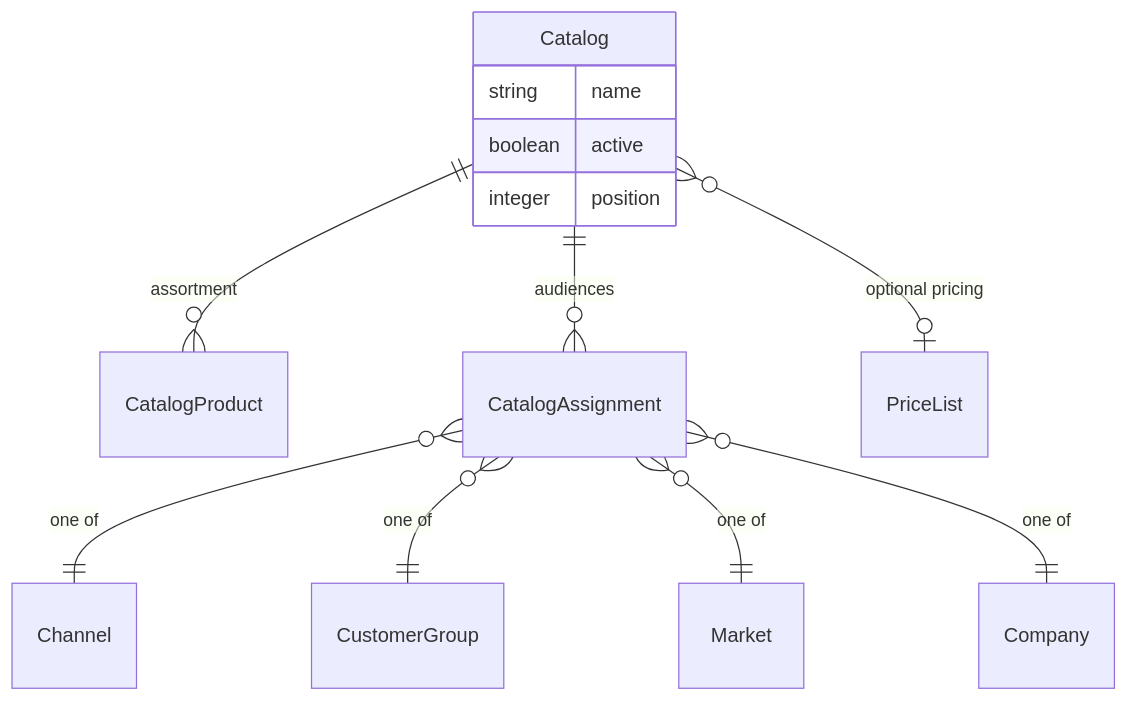
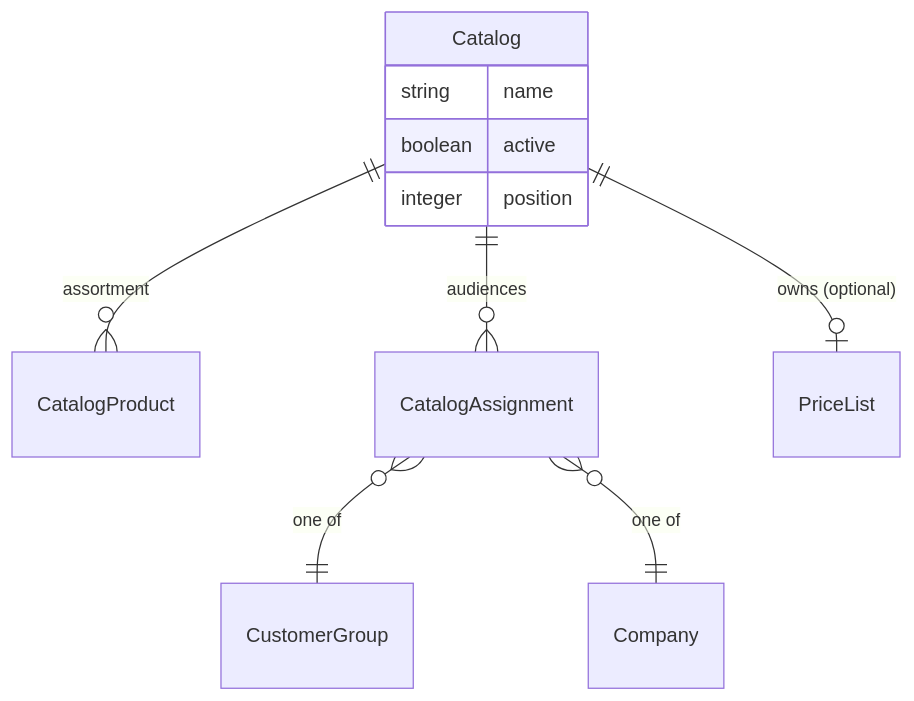
One commit to spree/spree changed the second of 2 diagrams in docs/developer/core-concepts/catalogs.mdx. Above: the diagram before and after it, drawn with Mermaid. The commit also changed other lines of this file and 25 other files, not shown here.

````diff
--- a/docs/developer/core-concepts/catalogs.mdx
+++ b/docs/developer/core-concepts/catalogs.mdx
@@ -19,16 +19,14 @@
 ```mermaid
 erDiagram
     Catalog ||--o{ CatalogProduct : "assortment"
     Catalog ||--o{ CatalogAssignment : "audiences"
-    Catalog }o--o| PriceList : "optional pricing"
-    CatalogAssignment }o--|| Channel : "one of"
+    Catalog ||--o| PriceList : "owns (optional)"
     CatalogAssignment }o--|| CustomerGroup : "one of"
-    CatalogAssignment }o--|| Market : "one of"
     CatalogAssignment }o--|| Company : "one of"
 
     Catalog {
         string name
         boolean active
         integer position
     }
 ```
````
